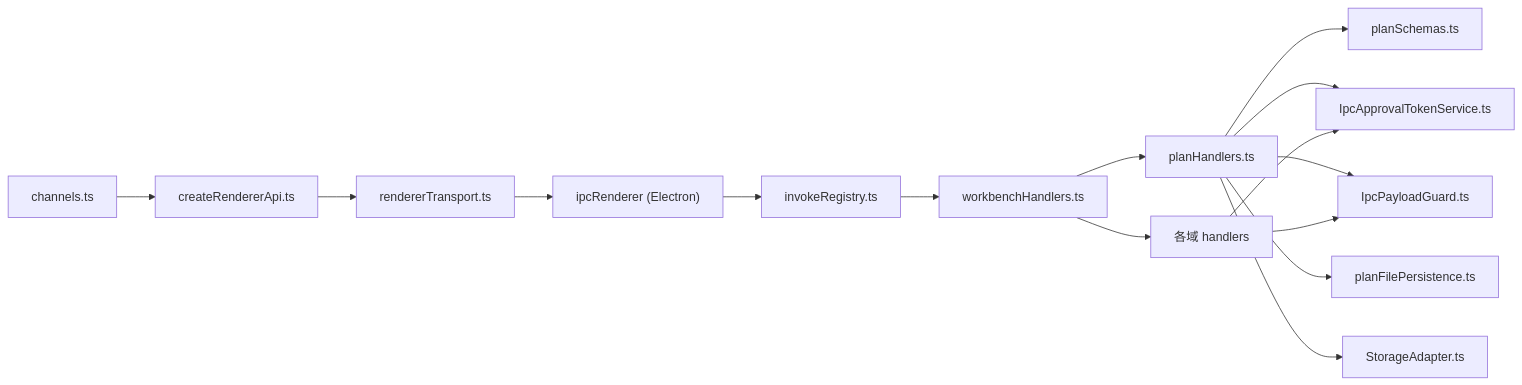
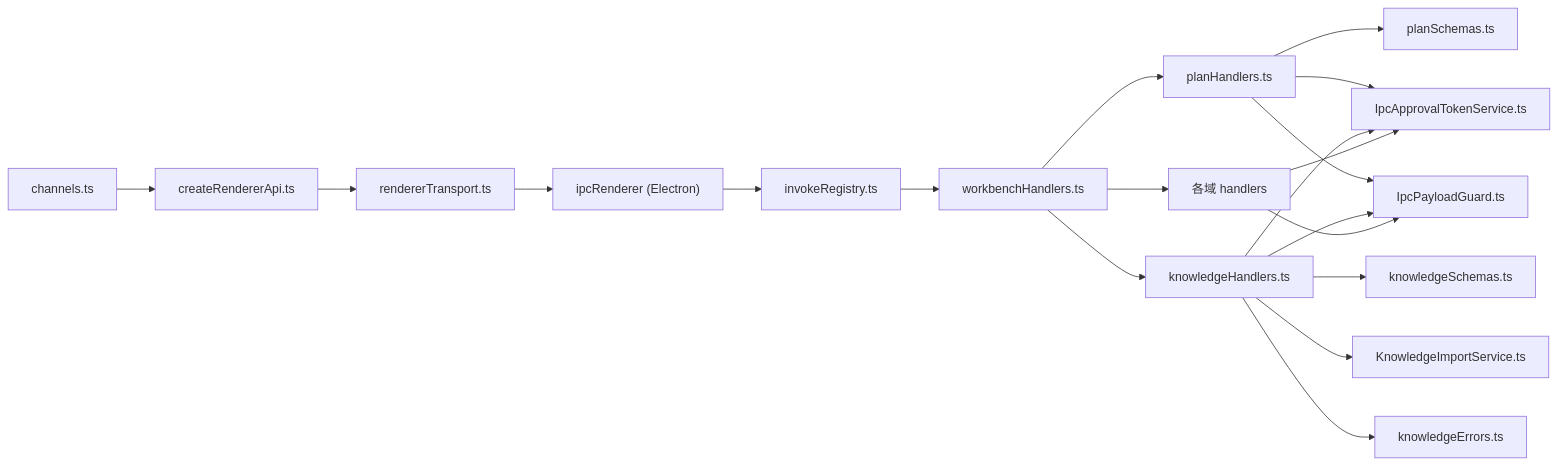
The ninth of 9 diagrams in .qoder/repowiki/zh/content/架构设计/渲染器架构/IPC 通信.md (haolange/RDC-Agent), drawn with Mermaid before and after one commit. The commit also changed other lines of this file and 6 other files, not shown here.

````diff
--- a/.qoder/repowiki/zh/content/架构设计/渲染器架构/IPC 通信.md
+++ b/.qoder/repowiki/zh/content/架构设计/渲染器架构/IPC 通信.md
@@ -429,17 +445,21 @@
 ```mermaid
 graph LR
 CH["channels.ts"] --> CRA["createRendererApi.ts"]
 CRA --> RT["rendererTransport.ts"]
 RT --> IR["ipcRenderer (Electron)"]
 IR --> REG["invokeRegistry.ts"]
 REG --> WB["workbenchHandlers.ts"]
 WB --> PH["planHandlers.ts"]
+WB --> KH["knowledgeHandlers.ts"]
 PH --> PS["planSchemas.ts"]
 PH --> AUTH["IpcApprovalTokenService.ts"]
 PH --> VAL["IpcPayloadGuard.ts"]
-PH --> FS["planFilePersistence.ts"]
-PH --> SA["StorageAdapter.ts"]
+KH --> KS["knowledgeSchemas.ts"]
+KH --> AUTH
+KH --> VAL
+KH --> KIS["KnowledgeImportService.ts"]
+KH --> ERR["knowledgeErrors.ts"]
 WB --> HND["各域 handlers"]
 HND --> VAL
 HND --> AUTH
 ```
````
